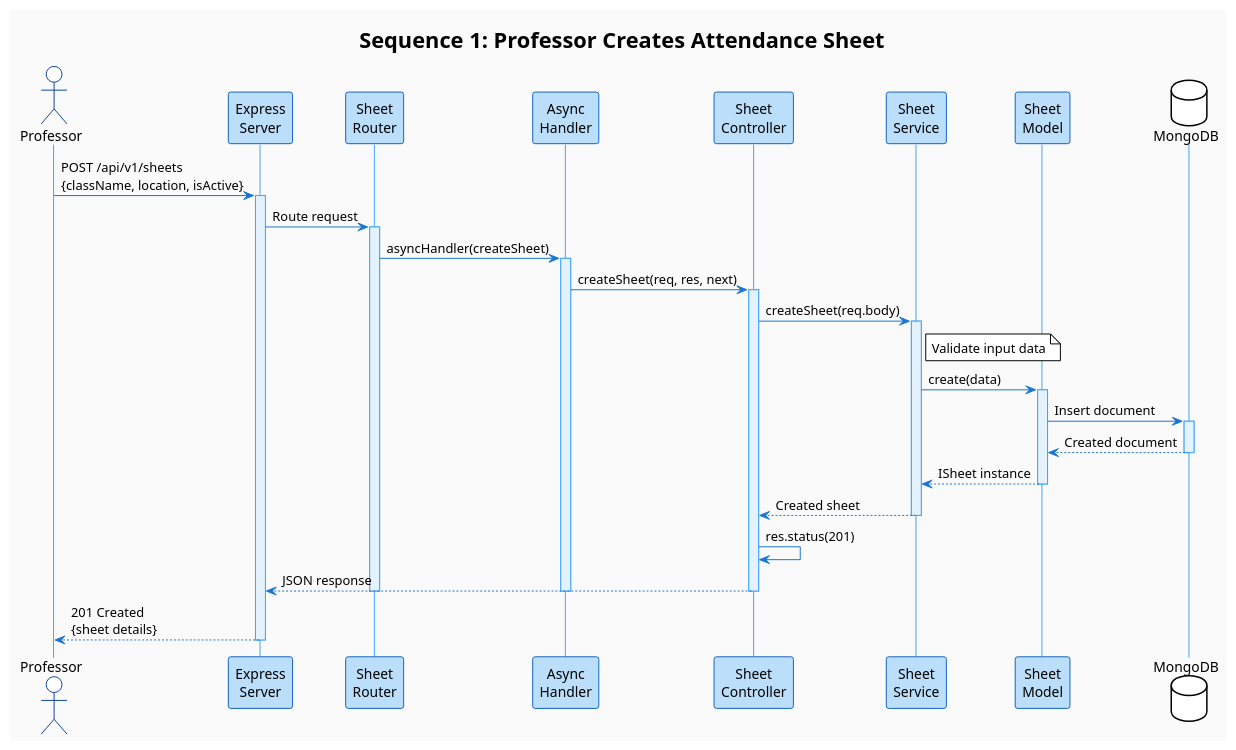
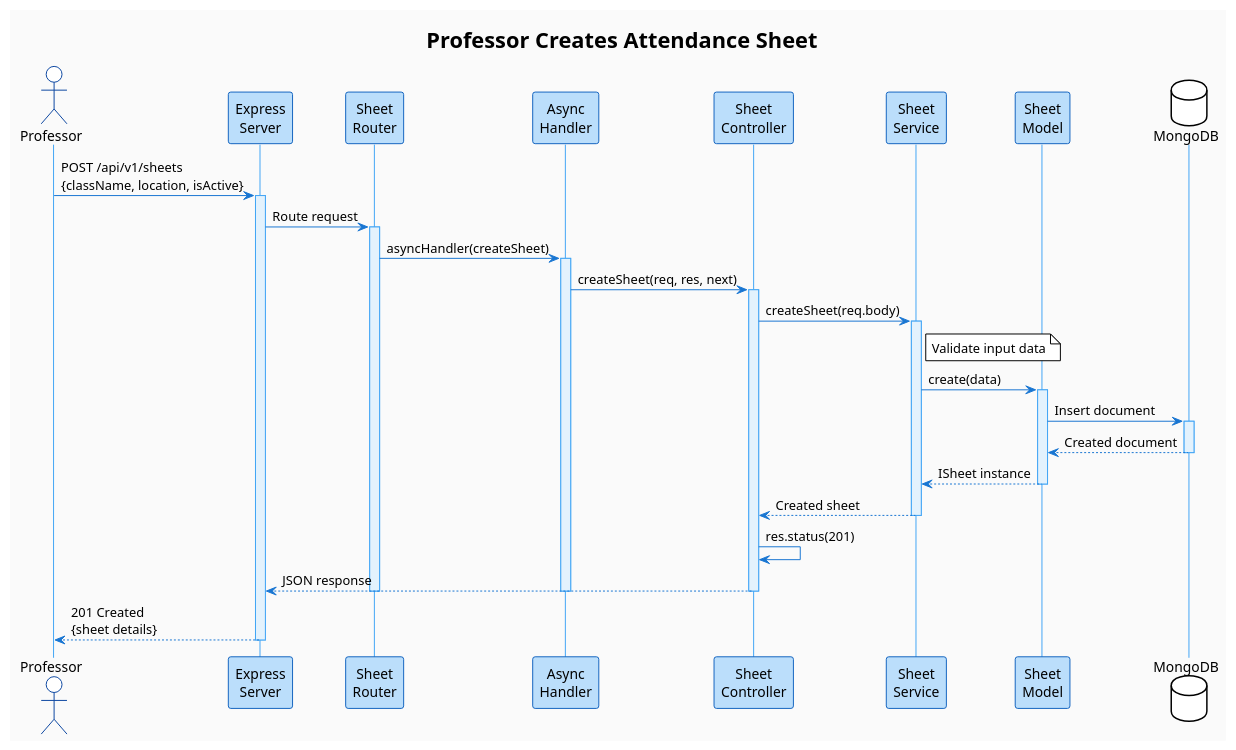
One commit to AvinaashGhansam/student-auth-api changed the diagram in src/design/create-sheet.puml. Above: the diagram before and after it, drawn with PlantUML. The commit also changed 7 other files, not shown here.

```diff
--- a/src/design/create-sheet.puml
+++ b/src/design/create-sheet.puml
@@ -1,63 +1,63 @@
 @startuml Create_Attendance_Sheet
 !theme plain
 skinparam backgroundColor #FAFAFA
 skinparam sequence {
     ArrowColor #1976D2
     ActorBorderColor #0D47A1
     LifeLineBorderColor #42A5F5
     LifeLineBackgroundColor #E3F2FD
     ParticipantBorderColor #1565C0
     ParticipantBackgroundColor #BBDEFB
 }
 
-title Sequence 1: Professor Creates Attendance Sheet
+title Professor Creates Attendance Sheet
 
 actor Professor
 participant "Express\nServer" as Express
 participant "Sheet\nRouter" as Router
 participant "Async\nHandler" as Async
 participant "Sheet\nController" as Controller
 participant "Sheet\nService" as Service
 participant "Sheet\nModel" as Model
 database MongoDB
 
 Professor -> Express: POST /api/v1/sheets\n{className, location, isActive}
 activate Express
 
 Express -> Router: Route request
 activate Router
 
 Router -> Async: asyncHandler(createSheet)
 activate Async
 
 Async -> Controller: createSheet(req, res, next)
 activate Controller
 
 Controller -> Service: createSheet(req.body)
 activate Service
 note right of Service: Validate input data
 
 Service -> Model: create(data)
 activate Model
 
 Model -> MongoDB: Insert document
 activate MongoDB
 MongoDB --> Model: Created document
 deactivate MongoDB
 
 Model --> Service: ISheet instance
 deactivate Model
 
 Service --> Controller: Created sheet
 deactivate Service
 
 Controller -> Controller: res.status(201)
 Controller --> Express: JSON response
 deactivate Controller
 deactivate Async
 deactivate Router
 
 Express --> Professor: 201 Created\n{sheet details}
 deactivate Express
 
 @enduml
```
